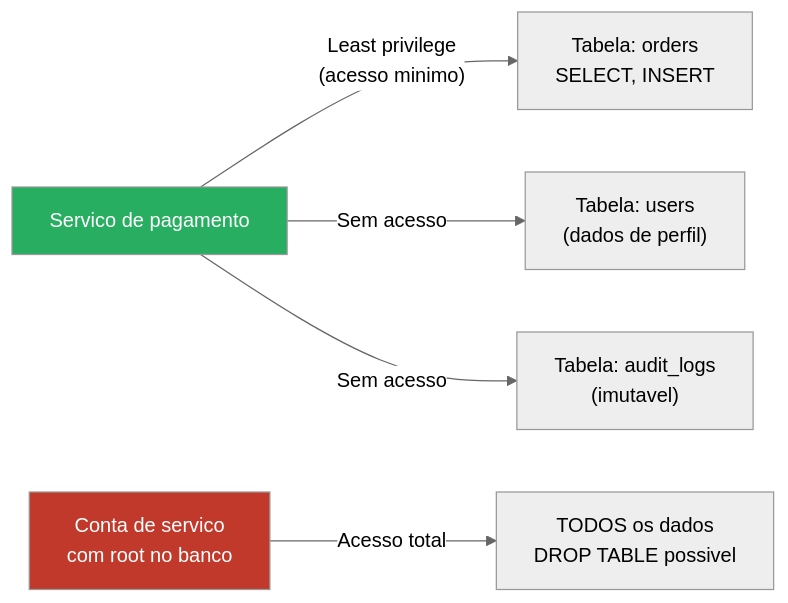
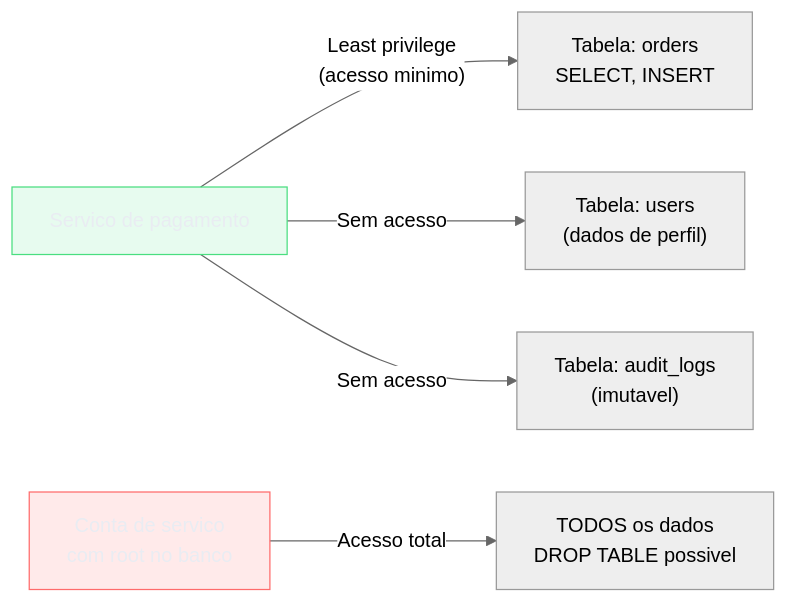
Before and after one commit to josenaldo/codex-technomanticus: the fifth of 7 diagrams in 03-Dominios/Engenharia/Segurança/04 - Princípios de design seguro.md, drawn with Mermaid (neutral theme). The commit also changed other lines of this file and 1181 other files, not shown here.

First line of the commit message:
fix(diagramas): paleta do sistema no lugar de cor cravada no markdown

````diff
--- a/03-Dominios/Engenharia/Segurança/04 - Princípios de design seguro.md
+++ b/03-Dominios/Engenharia/Segurança/04 - Princípios de design seguro.md
@@ -217,14 +223,16 @@
 ```mermaid
 graph LR
+    classDef ok fill:#4ADE8021,stroke:#4ADE80,color:#E9ECF2
+    classDef falha fill:#FF6B6B24,stroke:#FF6B6B,color:#E9ECF2
     SVC["Servico de pagamento"]
 
     SVC -->|"Least privilege\n(acesso minimo)"| DB1["Tabela: orders\nSELECT, INSERT"]
     SVC -->|"Sem acesso"| DB2["Tabela: users\n(dados de perfil)"]
     SVC -->|"Sem acesso"| DB3["Tabela: audit_logs\n(imutavel)"]
 
     SVC2["Conta de servico\ncom root no banco"]
     SVC2 -->|"Acesso total"| DB4["TODOS os dados\nDROP TABLE possivel"]
 
-    style SVC fill:#27ae60,color:#fff
-    style SVC2 fill:#c0392b,color:#fff
+    class SVC ok
+    class SVC2 falha
 ```
````
